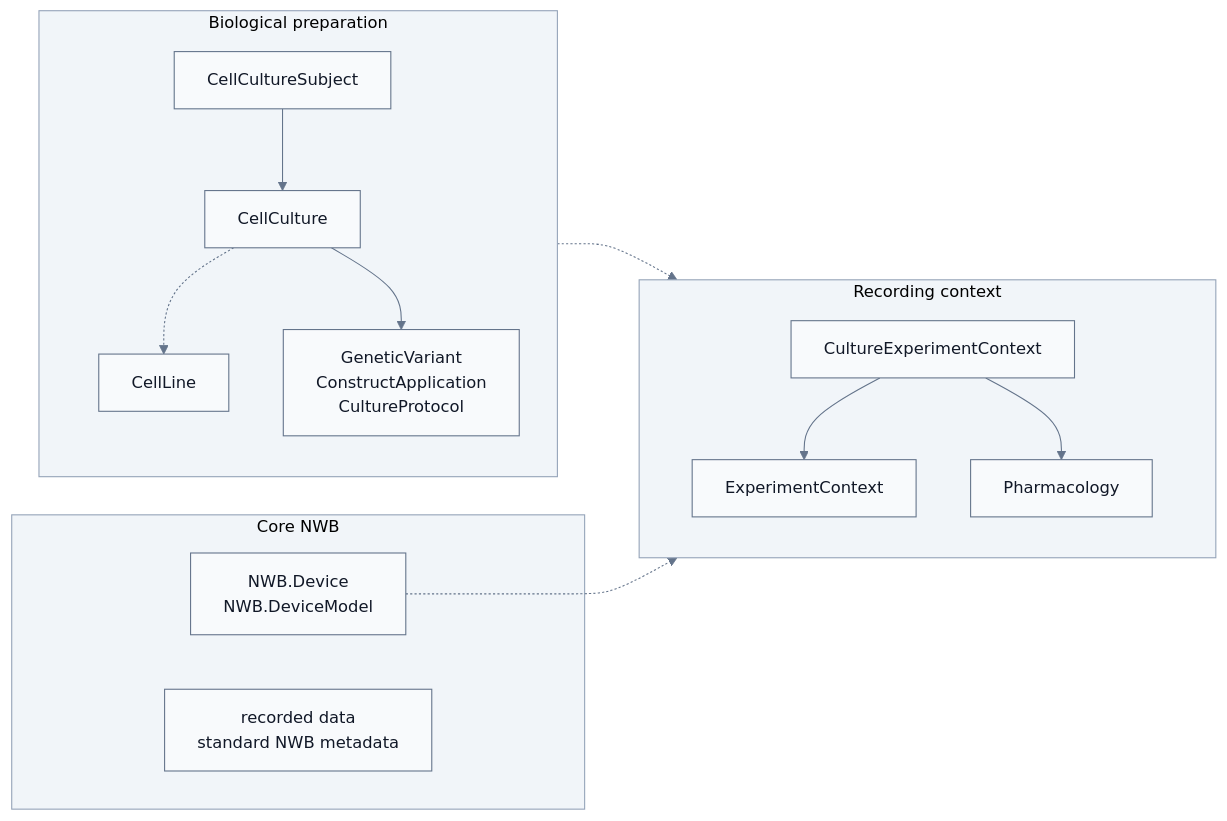
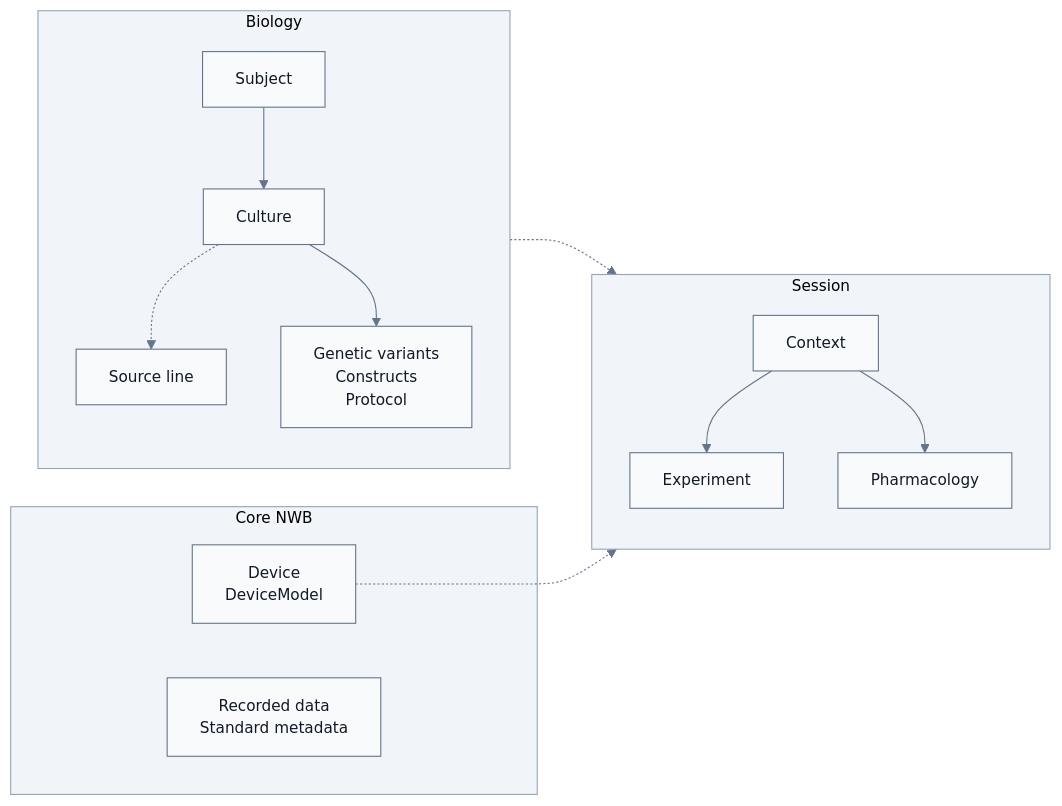
The diagram in README.md (braingeneers/ndx-cell-culture), drawn with Mermaid before and after one commit. The commit also changed other lines of this file and 2 other files, not shown here.

Commit message:
Fix Read the Docs Mermaid label clipping

````diff
--- a/README.md
+++ b/README.md
@@ -42,43 +42,43 @@
 ```mermaid
 %%{init: {
   "theme": "base",
   "themeVariables": {
-    "fontFamily": "Inter, Arial, sans-serif",
-    "fontSize": "15px",
+    "fontFamily": "Arial, sans-serif",
+    "fontSize": "14px",
     "primaryColor": "#f8fafc",
     "primaryTextColor": "#111827",
     "primaryBorderColor": "#64748b",
     "lineColor": "#64748b",
     "clusterBkg": "#f1f5f9",
     "clusterBorder": "#94a3b8"
   }
 }}%%
 flowchart LR
-  subgraph Biology["Biological preparation"]
-    Subject["CellCultureSubject"]
-    Culture["CellCulture"]
-    Line["CellLine"]
-    BioExt["GeneticVariant<br/>ConstructApplication<br/>CultureProtocol"]
+  subgraph Biology["Biology"]
+    Subject["Subject"]
+    Culture["Culture"]
+    Line["Source line"]
+    BioExt["Genetic variants<br/>Constructs<br/>Protocol"]
 
     Subject --> Culture
     Culture -.-> Line
     Culture --> BioExt
   end
 
   subgraph Core["Core NWB"]
-    Device["NWB.Device<br/>NWB.DeviceModel"]
-    Data["recorded data<br/>standard NWB metadata"]
+    Device["Device<br/>DeviceModel"]
+    Data["Recorded data<br/>Standard metadata"]
   end
 
-  subgraph Session["Recording context"]
-    Context["CultureExperimentContext"]
-    Experiment["ExperimentContext"]
+  subgraph Session["Session"]
+    Context["Context"]
+    Experiment["Experiment"]
     Pharm["Pharmacology"]
 
     Context --> Experiment
     Context --> Pharm
   end
 
   Biology -.-> Session
   Device -.-> Session
 ```
````
